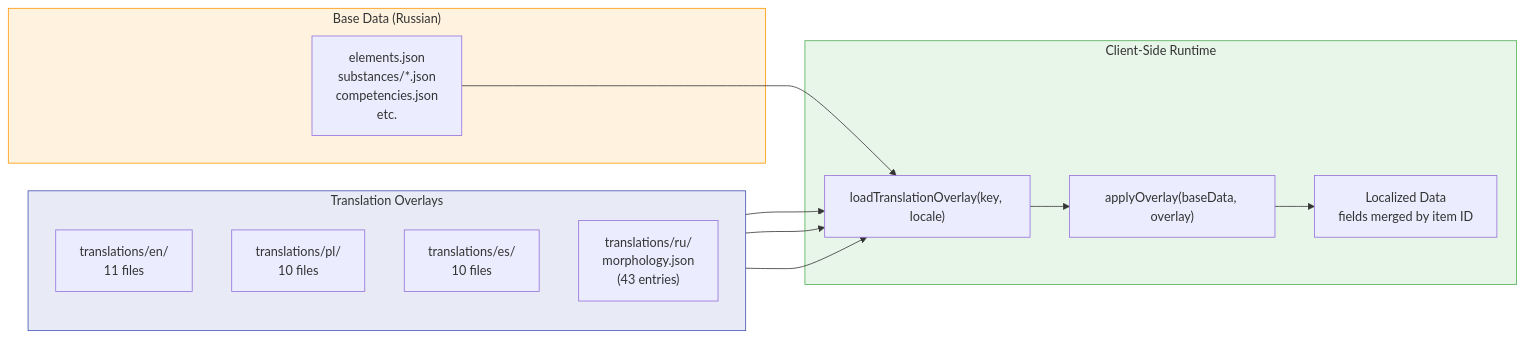
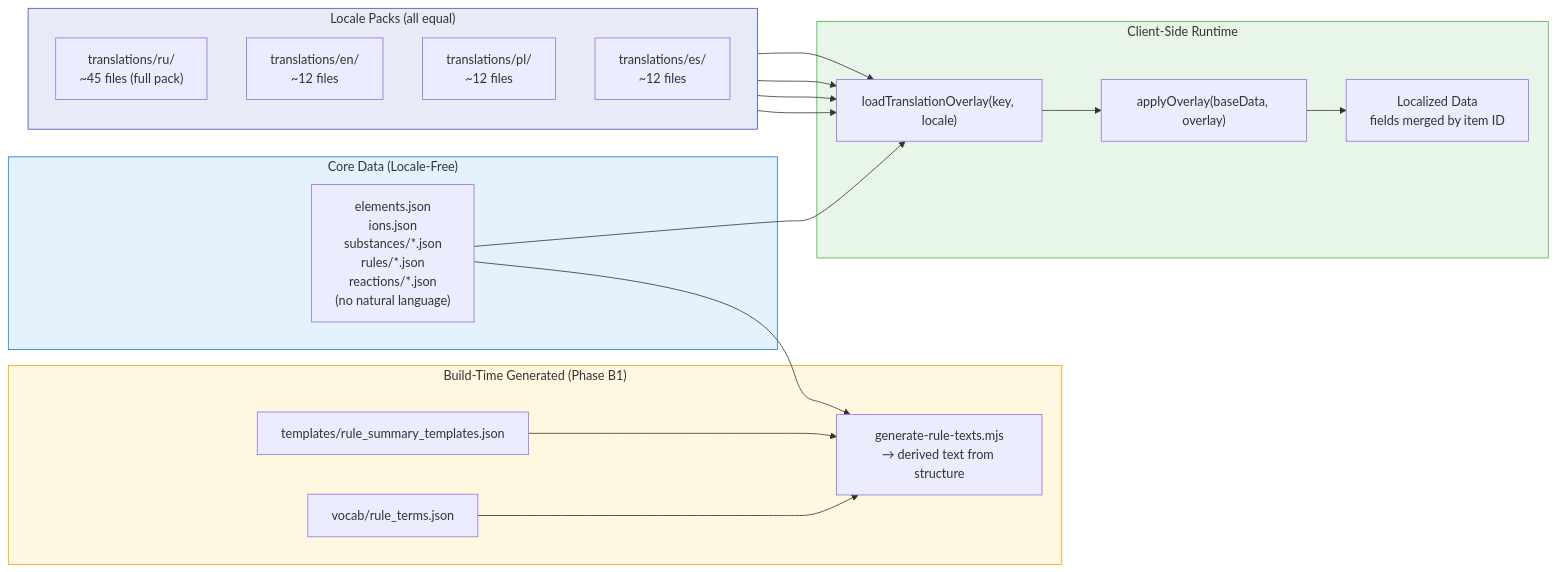
The fifth of 10 diagrams in docs/ontology-map.md (dronsv/chemistry-no-magic), drawn with Mermaid before and after one commit. The commit also changed other lines of this file and 16 other files, not shown here.

First line of the commit message:
feat(seo): topic layer — FAQPage schema + TopicLinks chips + hreflang override

````diff
--- a/docs/ontology-map.md
+++ b/docs/ontology-map.md
@@ -381,31 +384,42 @@
 ```mermaid
 flowchart LR
-    subgraph Base["Base Data (Russian)"]
-        BD["elements.json<br/>substances/*.json<br/>competencies.json<br/>etc."]
+    subgraph Base["Core Data (Locale-Free)"]
+        BD["elements.json<br/>ions.json<br/>substances/*.json<br/>rules/*.json<br/>reactions/*.json<br/>(no natural language)"]
     end
 
-    subgraph Overlays["Translation Overlays"]
+    subgraph Overlays["Locale Packs (all equal)"]
         direction TB
-        EN["translations/en/<br/>11 files"]
-        PL["translations/pl/<br/>10 files"]
-        ES["translations/es/<br/>10 files"]
-        RU_M["translations/ru/<br/>morphology.json<br/>(43 entries)"]
+        RU["translations/ru/<br/>~45 files (full pack)"]
+        EN["translations/en/<br/>~12 files"]
+        PL["translations/pl/<br/>~12 files"]
+        ES["translations/es/<br/>~12 files"]
+    end
+
+    subgraph Generated["Build-Time Generated (Phase B1)"]
+        VOCAB["vocab/rule_terms.json"]
+        TMPL["templates/rule_summary_templates.json"]
+        GEN["generate-rule-texts.mjs<br/>→ derived text from structure"]
     end
 
     subgraph Runtime["Client-Side Runtime"]
         LOAD["loadTranslationOverlay(key, locale)"]
         APPLY["applyOverlay(baseData, overlay)"]
         RESULT["Localized Data<br/>fields merged by item ID"]
     end
 
     BD --> LOAD
+    RU --> LOAD
     EN --> LOAD
     PL --> LOAD
     ES --> LOAD
     LOAD --> APPLY
     APPLY --> RESULT
+    VOCAB --> GEN
+    TMPL --> GEN
+    BD --> GEN
 
-    style Base fill:#fff3e0,stroke:#ff9800
+    style Base fill:#e3f2fd,stroke:#1976d2
     style Overlays fill:#e8eaf6,stroke:#3f51b5
+    style Generated fill:#fff8e1,stroke:#ffa000
     style Runtime fill:#e8f5e9,stroke:#4caf50
 ```
````
